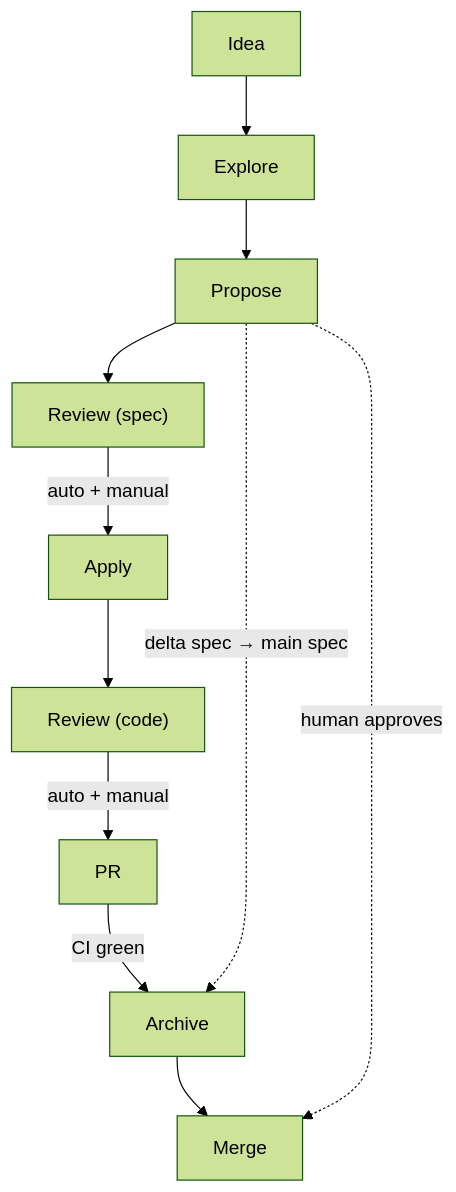
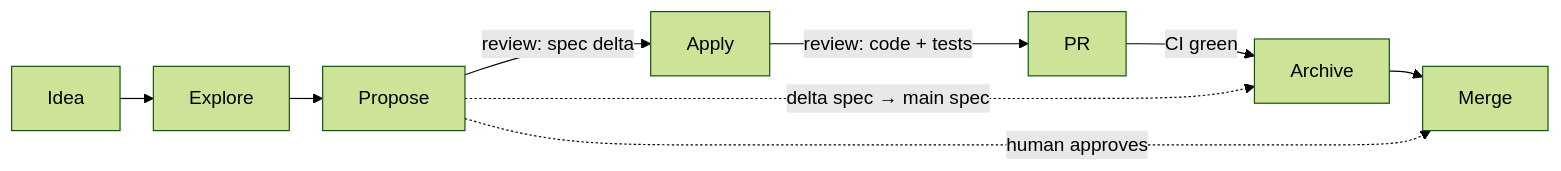
The third of 3 diagrams in README.md (aanbrn/axon-showcase), drawn with Mermaid (forest theme) before and after one commit.

Commit message:
Recompose the spec-flow diagram to fit and stay readable
The top-down loop was too tall; the single-row loop is too wide for GitHub's right-edge toolbar once padded. Fold the two Review nodes into edge labels and tighten spacing so the loop is a compact horizontal flow whose text matches the event flow's size.

````diff
--- a/README.md
+++ b/README.md
@@ -201,12 +201,11 @@
 ```mermaid
-flowchart TB
+%%{init: {"flowchart": {"nodeSpacing": 18, "rankSpacing": 28, "diagramPadding": 240}}}%%
+flowchart LR
     Idea --> Explore --> Propose
-    Propose --> Review1["Review (spec)"]
-    Review1 -->|"auto + manual"| Apply
-    Apply --> Review2["Review (code)"]
-    Review2 -->|"auto + manual"| PR
+    Propose -->|"review: spec delta"| Apply
+    Apply -->|"review: code + tests"| PR
     PR -->|"CI green"| Archive
     Archive --> Merge
     Propose -.->|"human approves"| Merge
     Propose -.->|"delta spec → main spec"| Archive
 ```
````
